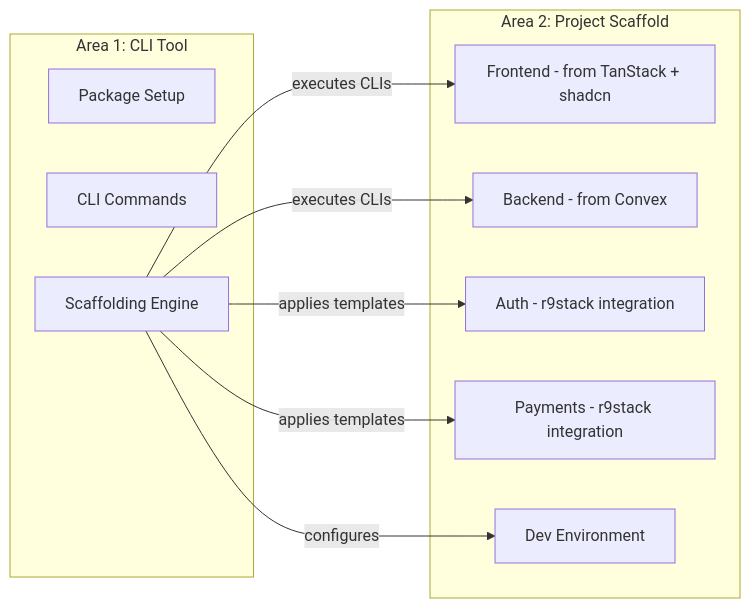
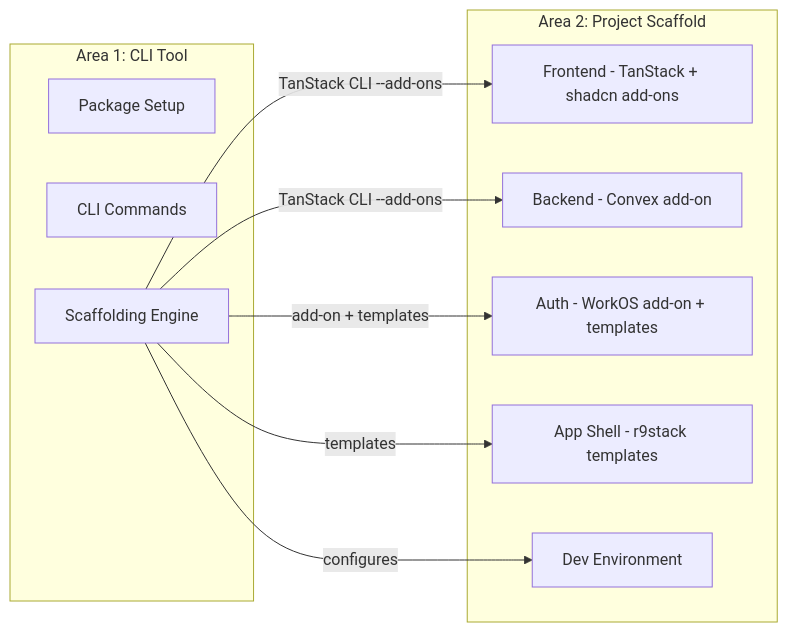
The diagram in .flight-rules/docs/implementation/overview.md (ryanpacker/r9stack), drawn with Mermaid before and after one commit. The commit also changed other lines of this file and 7 other files, not shown here.

````diff
--- a/.flight-rules/docs/implementation/overview.md
+++ b/.flight-rules/docs/implementation/overview.md
@@ -38,22 +50,22 @@
 ```mermaid
 flowchart LR
     subgraph cli [Area 1: CLI Tool]
         A1[Package Setup]
         A2[CLI Commands]
         A3[Scaffolding Engine]
     end
     
     subgraph scaffold [Area 2: Project Scaffold]
-        B1[Frontend - from TanStack + shadcn]
-        B2[Backend - from Convex]
-        B3[Auth - r9stack integration]
-        B4[Payments - r9stack integration]
+        B1[Frontend - TanStack + shadcn add-ons]
+        B2[Backend - Convex add-on]
+        B3[Auth - WorkOS add-on + templates]
+        B4[App Shell - r9stack templates]
         B5[Dev Environment]
     end
     
-    A3 -->|executes CLIs| B1
-    A3 -->|executes CLIs| B2
-    A3 -->|applies templates| B3
-    A3 -->|applies templates| B4
+    A3 -->|"TanStack CLI --add-ons"| B1
+    A3 -->|"TanStack CLI --add-ons"| B2
+    A3 -->|"add-on + templates"| B3
+    A3 -->|templates| B4
     A3 -->|configures| B5
 ```
````
